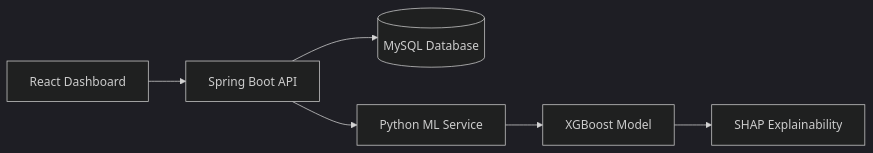
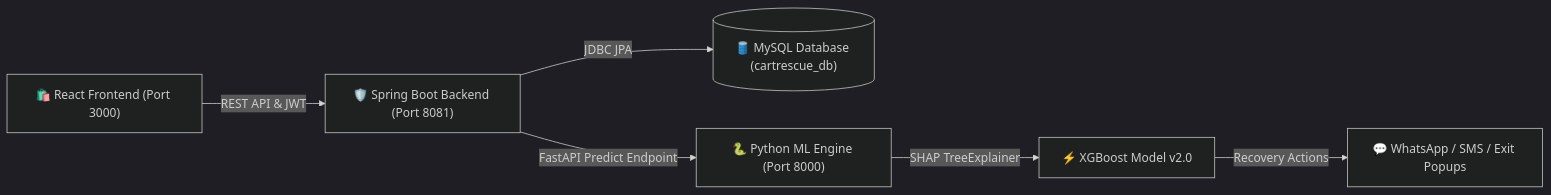
The diagram in README.md (SHAIKZILANI/AI_HACKATHON), drawn with Mermaid (dark theme) before and after one commit. The commit also changed other lines of this file, not shown here.

````diff
--- a/README.md
+++ b/README.md
@@ -51,15 +29,9 @@
 ```mermaid
 flowchart LR
 
-A[React Dashboard]
-
-A --> B[Spring Boot API]
-
-B --> C[(MySQL Database)]
-
-B --> D[Python ML Service]
-
-D --> E[XGBoost Model]
-
-E --> F[SHAP Explainability]
+A["🛍️ React Frontend (Port 3000)"] -->|REST API & JWT| B["🛡️ Spring Boot Backend (Port 8081)"]
+B -->|JDBC JPA| C[("🛢️ MySQL Database (cartrescue_db)")]
+B -->|FastAPI Predict Endpoint| D["🐍 Python ML Engine (Port 8000)"]
+D -->|SHAP TreeExplainer| E["⚡ XGBoost Model v2.0"]
+E -->|Recovery Actions| F["💬 WhatsApp / SMS / Exit Popups"]
 ```
````
